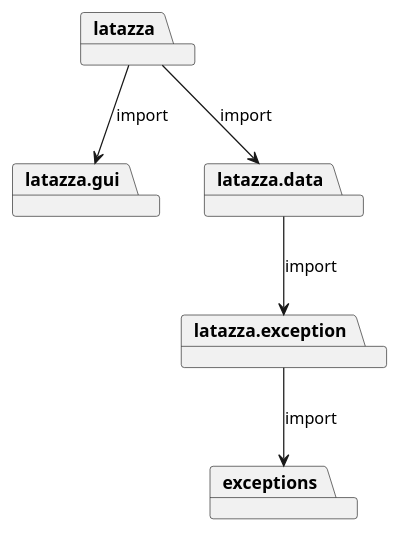
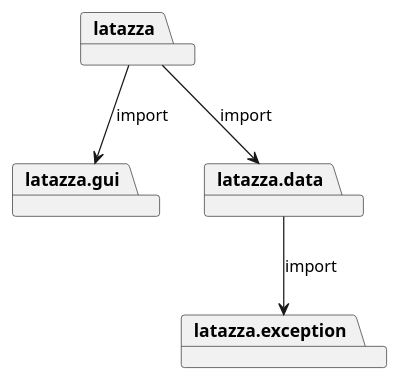
Before and after one commit to salvatore-dimartino/LaTazza: the first of 7 diagrams in templates/DesignDocumentTemplate.md, drawn with PlantUML.

````diff
--- a/templates/DesignDocumentTemplate.md
+++ b/templates/DesignDocumentTemplate.md
@@ -34,16 +34,14 @@
 ```plantuml
 @startuml
 
 package latazza.gui
 package latazza.data
 package latazza.exception
 package latazza
-package exceptions
 
 latazza --> latazza.gui: import
 latazza --> latazza.data: import
 latazza.data --> latazza.exception: import
-latazza.exception --> exceptions: import
 
 @enduml
 ```
````
